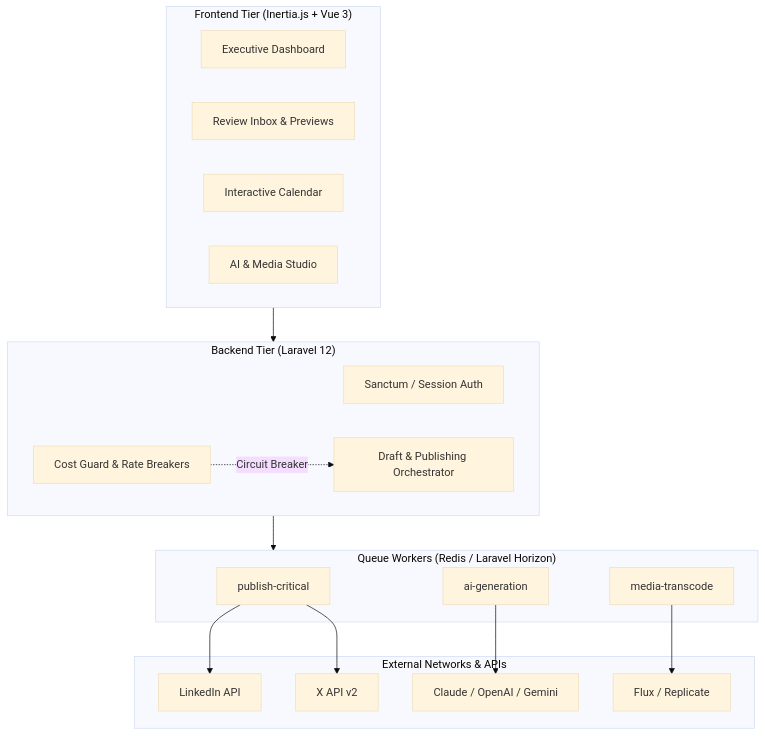
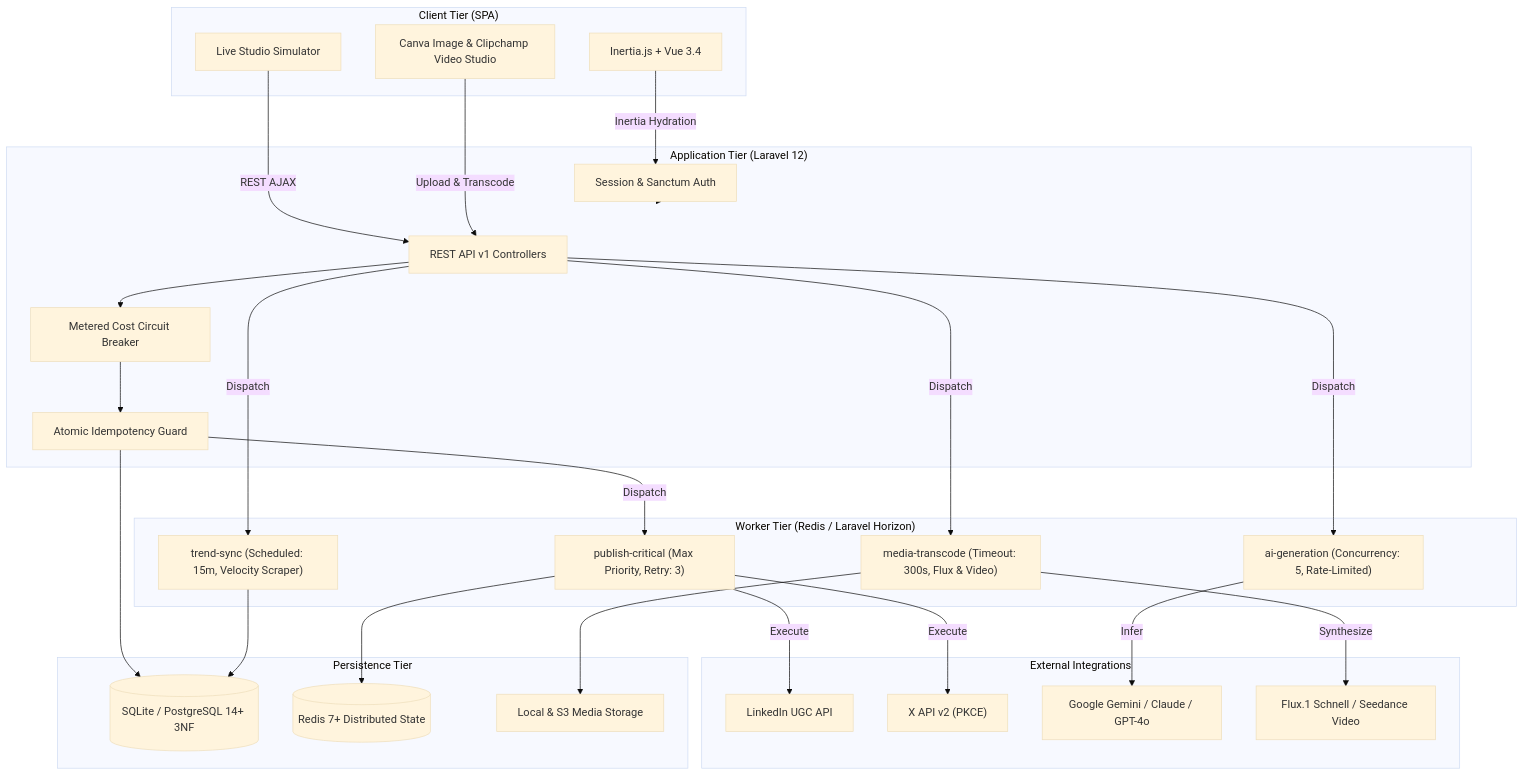
One commit to Ahasun-h/personal-ai-social-assistant changed the first of 2 diagrams in README.md. Above: the diagram before and after it, drawn with Mermaid (base theme). The commit also changed other lines of this file and 119 other files, not shown here.

````diff
--- a/README.md
+++ b/README.md
@@ -26,36 +99,57 @@
 ```mermaid
 flowchart TD
-    subgraph UI["Frontend Tier (Inertia.js + Vue 3)"]
-        DASH["Executive Dashboard"]
-        INBOX["Review Inbox & Previews"]
-        CAL["Interactive Calendar"]
-        STUDIO["AI & Media Studio"]
+    subgraph CLIENT["Client Tier (SPA)"]
+        UI["Inertia.js + Vue 3.4"]
+        SIM["Live Studio Simulator"]
+        STUDIO["Canva Image & Clipchamp Video Studio"]
     end
 
-    subgraph API["Backend Tier (Laravel 12)"]
-        AUTH["Sanctum / Session Auth"]
-        COST["Cost Guard & Rate Breakers"]
-        ORCH["Draft & Publishing Orchestrator"]
+    subgraph APP["Application Tier (Laravel 12)"]
+        WEB["Session & Sanctum Auth"]
+        API["REST API v1 Controllers"]
+        COST["Metered Cost Circuit Breaker"]
+        IDEMP["Atomic Idempotency Guard"]
     end
 
-    subgraph QUEUES["Queue Workers (Redis / Laravel Horizon)"]
-        Q_PUB["publish-critical"]
-        Q_AI["ai-generation"]
-        Q_MEDIA["media-transcode"]
+    subgraph HORIZON["Worker Tier (Redis / Laravel Horizon)"]
+        Q_CRIT["publish-critical (Max Priority, Retry: 3)"]
+        Q_AI["ai-generation (Concurrency: 5, Rate-Limited)"]
+        Q_MEDIA["media-transcode (Timeout: 300s, Flux & Video)"]
+        Q_TREND["trend-sync (Scheduled: 15m, Velocity Scraper)"]
     end
 
-    subgraph EXT["External Networks & APIs"]
-        LI["LinkedIn API"]
-        TW["X API v2"]
-        LLM["Claude / OpenAI / Gemini"]
-        FLUX["Flux / Replicate"]
+    subgraph STORAGE["Persistence Tier"]
+        DB[(SQLite / PostgreSQL 14+ 3NF)]
+        REDIS[(Redis 7+ Distributed State)]
+        DISK[Local & S3 Media Storage]
     end
 
-    UI --> API
-    API --> QUEUES
-    COST -.->|Circuit Breaker| ORCH
-    Q_PUB --> LI
-    Q_PUB --> TW
-    Q_AI --> LLM
-    Q_MEDIA --> FLUX
+    subgraph EXTERNAL["External Integrations"]
+        LI["LinkedIn UGC API"]
+        X["X API v2 (PKCE)"]
+        LLM["Google Gemini / Claude / GPT-4o"]
+        REP["Flux.1 Schnell / Seedance Video"]
+    end
+
+    UI -->|Inertia Hydration| WEB
+    SIM -->|REST AJAX| API
+    STUDIO -->|Upload & Transcode| API
+
+    WEB --> APP
+    API --> COST
+    COST --> IDEMP
+    IDEMP --> DB
+
+    IDEMP -->|Dispatch| Q_CRIT
+    API -->|Dispatch| Q_AI
+    API -->|Dispatch| Q_MEDIA
+    API -->|Dispatch| Q_TREND
+
+    Q_CRIT --> REDIS
+    Q_CRIT -->|Execute| LI
+    Q_CRIT -->|Execute| X
+    Q_AI -->|Infer| LLM
+    Q_MEDIA -->|Synthesize| REP
+    Q_MEDIA --> DISK
+    Q_TREND --> DB
 ```
````
